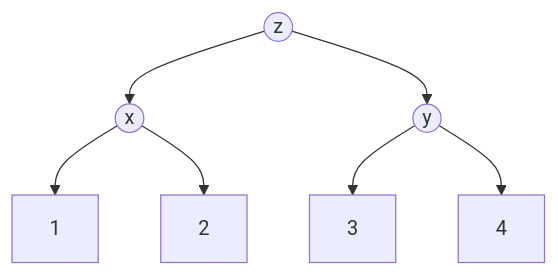
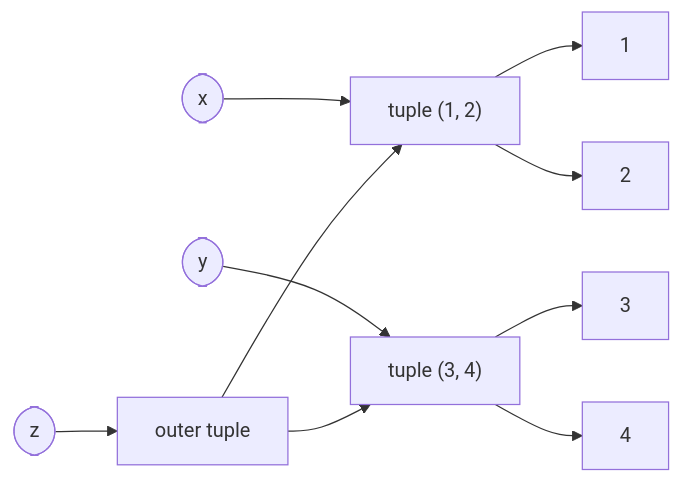
The diagram in notes/LT6 Tuple.md (saumilthecode/h2-curly-pancakes), drawn with Mermaid before and after one commit. The commit also changed other lines of this file and 35 other files, not shown here.

````diff
--- a/notes/LT6 Tuple.md
+++ b/notes/LT6 Tuple.md
@@ -94,9 +94,12 @@
 ```mermaid
-flowchart TD
-  z(("z")) --> x(("x"))
-  z --> y(("y"))
-  x --> n1["1"]
-  x --> n2["2"]
-  y --> n3["3"]
-  y --> n4["4"]
+flowchart LR
+  x(["x"]) --> t1
+  y(["y"]) --> t2
+  z(["z"]) --> t3["outer tuple"]
+  t3 --> t1["tuple (1, 2)"]
+  t3 --> t2["tuple (3, 4)"]
+  t1 --> a["1"]
+  t1 --> b["2"]
+  t2 --> c["3"]
+  t2 --> d["4"]
 ```
````
